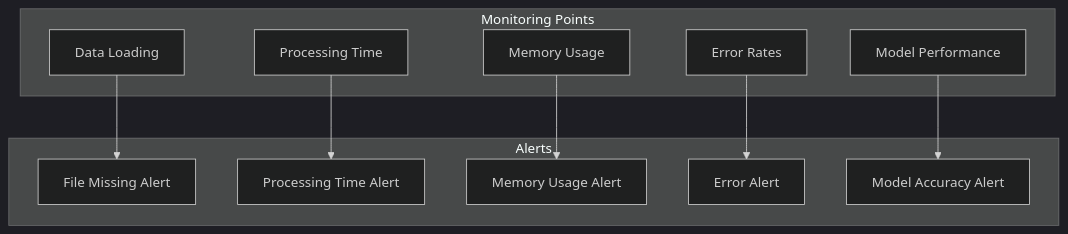
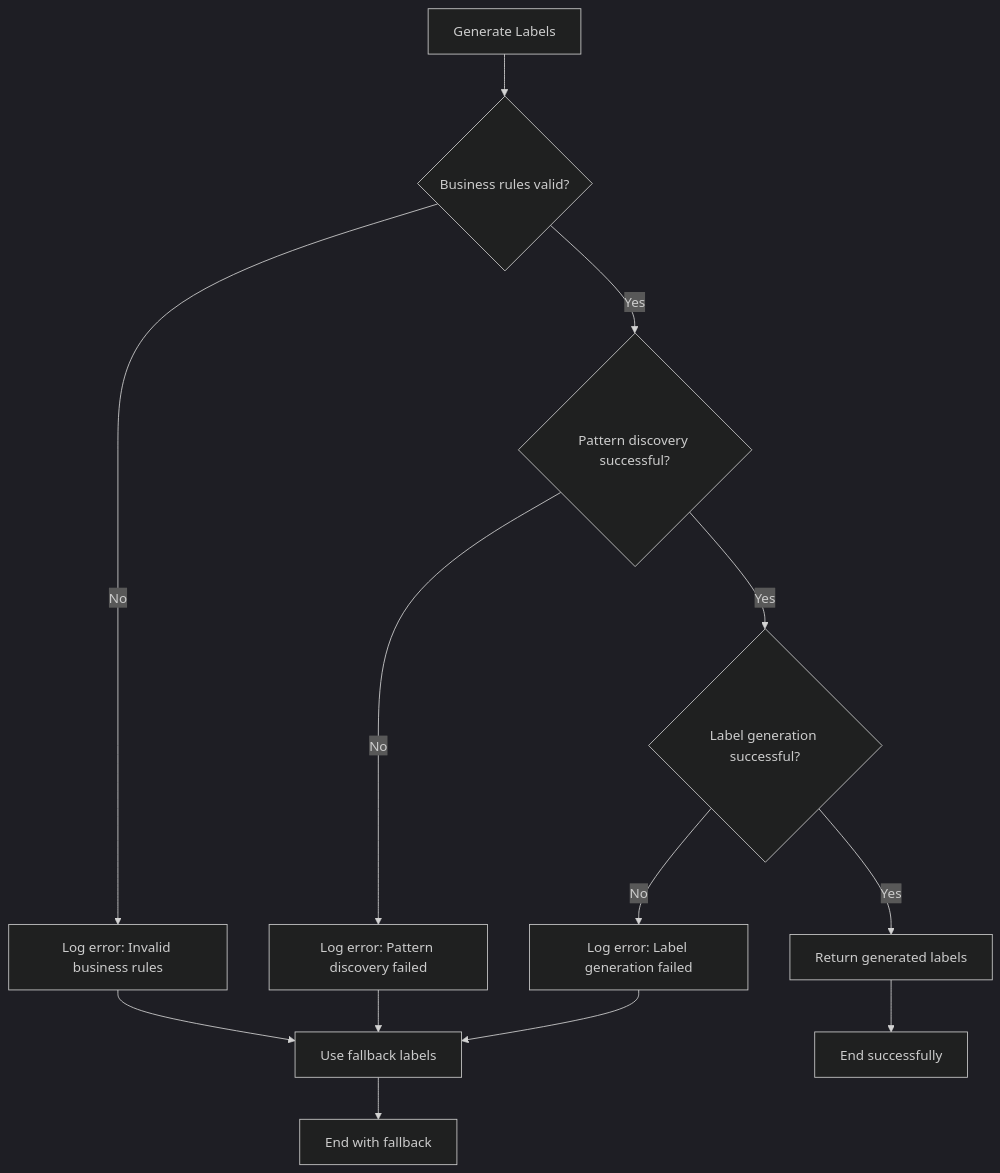
Diagram 21 of 30 in docs/DIAGRAMS.md (ksmadhavareddy/recon-ai), drawn with Mermaid (dark theme) before and after one commit. The commit also changed other lines of this file and 14 other files, not shown here.

````diff
--- a/docs/DIAGRAMS.md
+++ b/docs/DIAGRAMS.md
@@ -499,24 +439,16 @@
 ```mermaid
 graph TD
-    subgraph "Monitoring Points"
-        A[Data Loading]
-        B[Processing Time]
-        C[Memory Usage]
-        D[Error Rates]
-        E[Model Performance]
-    end
+    A[Generate Labels] --> B{Business rules valid?}
+    B -->|No| C[Log error: Invalid business rules]
+    B -->|Yes| D{Pattern discovery successful?}
+    D -->|No| E[Log error: Pattern discovery failed]
+    D -->|Yes| F{Label generation successful?}
+    F -->|No| G[Log error: Label generation failed]
+    F -->|Yes| H[Return generated labels]
     
-    subgraph "Alerts"
-        F[File Missing Alert]
-        G[Processing Time Alert]
-        H[Memory Usage Alert]
-        I[Error Alert]
-        J[Model Accuracy Alert]
-    end
-    
-    A --> F
-    B --> G
-    C --> H
-    D --> I
-    E --> J
+    C --> I[Use fallback labels]
+    E --> I
+    G --> I
+    I --> J[End with fallback]
+    H --> K[End successfully]
 ```
````
